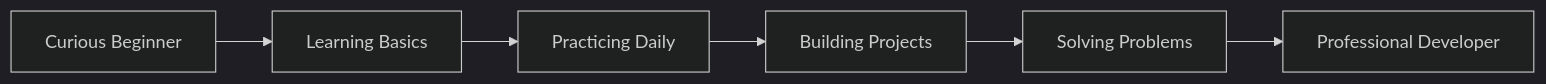
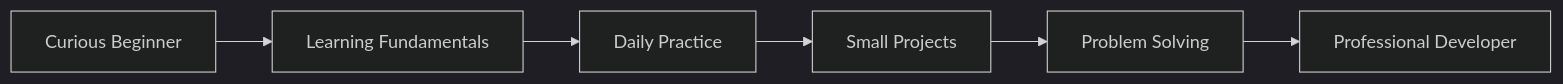
One commit to devvivekgautam-coder/devvivekgautam-coder changed the diagram in README.md. Above: the diagram before and after it, drawn with Mermaid (dark theme). The commit also changed other lines of this file, not shown here.

````diff
--- a/README.md
+++ b/README.md
@@ -43,8 +81,8 @@
 ```mermaid
 flowchart LR
-A[Curious Beginner] --> B[Learning Basics]
-B --> C[Practicing Daily]
-C --> D[Building Projects]
-D --> E[Solving Problems]
+A[Curious Beginner] --> B[Learning Fundamentals]
+B --> C[Daily Practice]
+C --> D[Small Projects]
+D --> E[Problem Solving]
 E --> F[Professional Developer]
 ```
````
